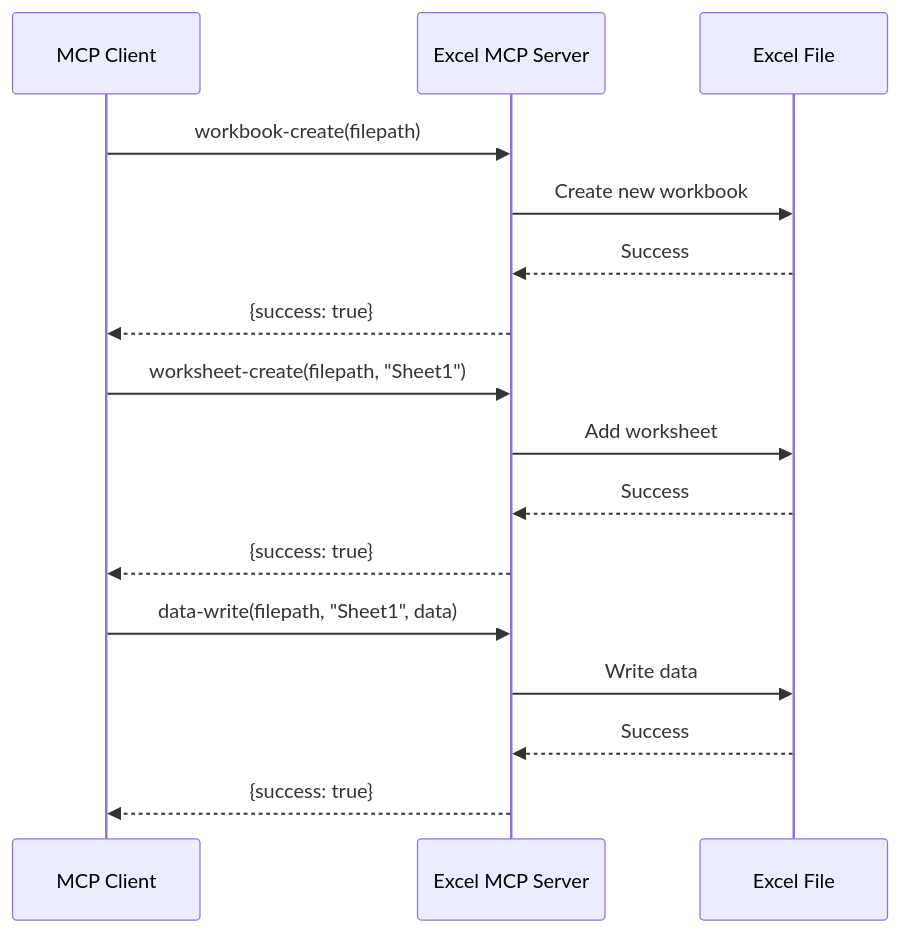
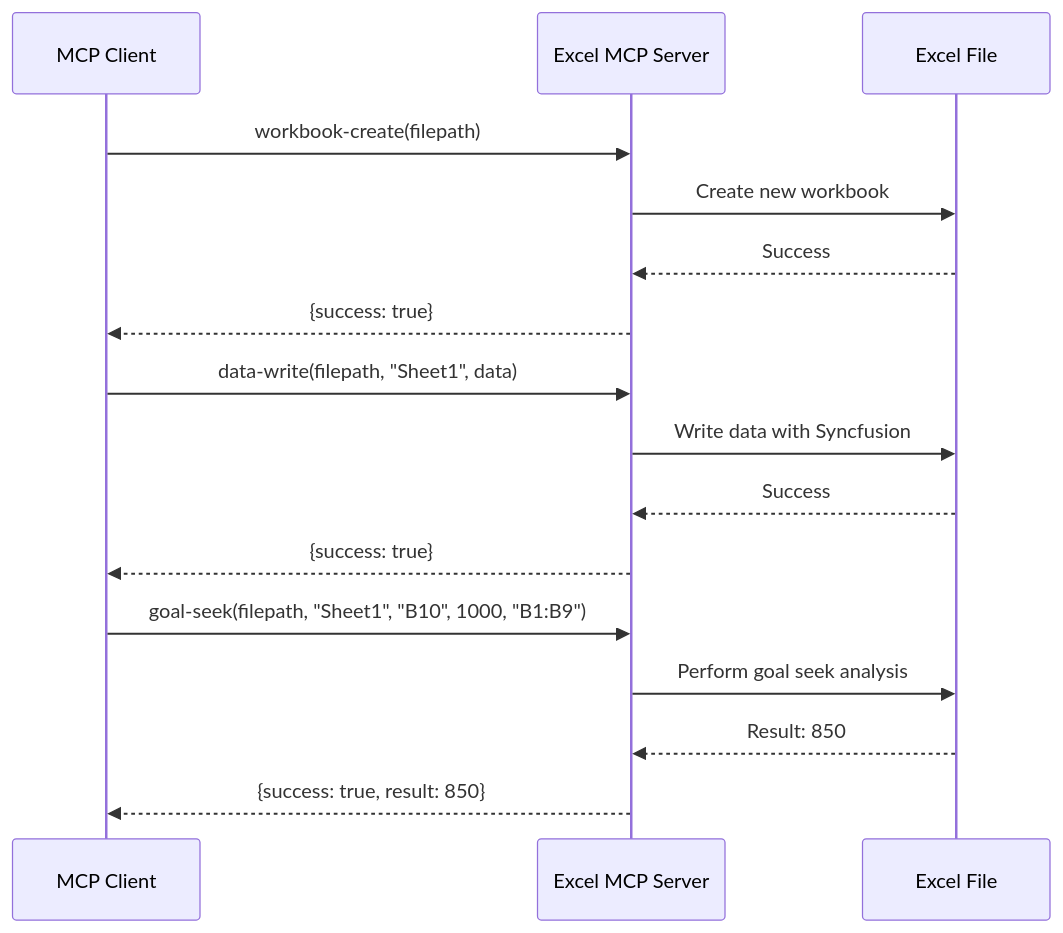
One commit to serhabdel/Excel-mcp-dotnet changed the fourth of 8 diagrams in README.md. Above: the diagram before and after it, drawn with Mermaid. The commit also changed other lines of this file and 13 other files, not shown here.

First line of the commit message:
Refactor Excel MCP Server to utilize Syncfusion XlsIO and enhance functionality

````diff
--- a/README.md
+++ b/README.md
@@ -404,21 +274,21 @@
 ```mermaid
 sequenceDiagram
     participant Client as MCP Client
     participant Server as Excel MCP Server
     participant Excel as Excel File
     
     Client->>Server: workbook-create(filepath)
     Server->>Excel: Create new workbook
     Excel-->>Server: Success
     Server-->>Client: {success: true}
     
-    Client->>Server: worksheet-create(filepath, "Sheet1")
-    Server->>Excel: Add worksheet
+    Client->>Server: data-write(filepath, "Sheet1", data)
+    Server->>Excel: Write data with Syncfusion
     Excel-->>Server: Success
     Server-->>Client: {success: true}
     
-    Client->>Server: data-write(filepath, "Sheet1", data)
-    Server->>Excel: Write data
-    Excel-->>Server: Success
-    Server-->>Client: {success: true}
+    Client->>Server: goal-seek(filepath, "Sheet1", "B10", 1000, "B1:B9")
+    Server->>Excel: Perform goal seek analysis
+    Excel-->>Server: Result: 850
+    Server-->>Client: {success: true, result: 850}
 ```
````
